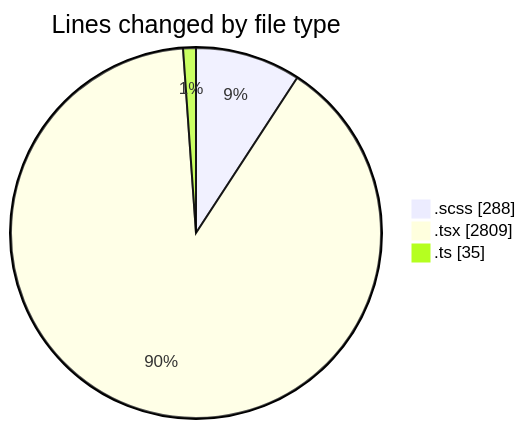
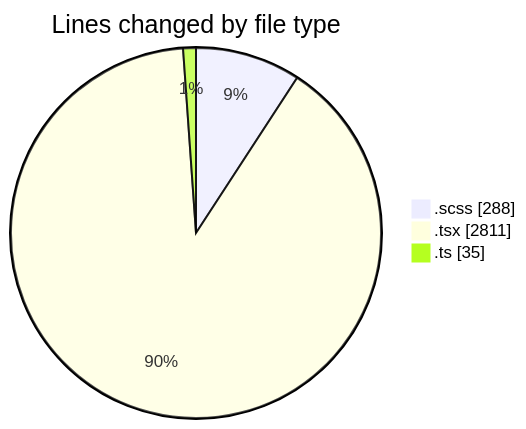
Before and after one commit to momahboobian/code-tracking: the first of 2 diagrams in 2025-02-10/cda/README.md, drawn with Mermaid. The commit also changed other lines of this file and 1 other file, not shown here.

````diff
--- a/2025-02-10/cda/README.md
+++ b/2025-02-10/cda/README.md
@@ -25,7 +25,7 @@
 ```mermaid
 pie showData
 title Lines changed by file type
 ".scss" : 288
-".tsx" : 2809
+".tsx" : 2811
 ".ts" : 35
 ```
````
